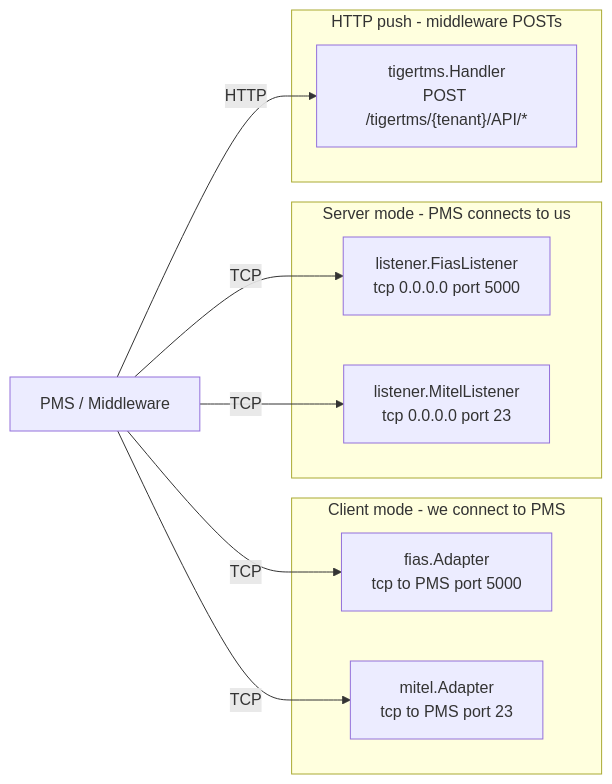
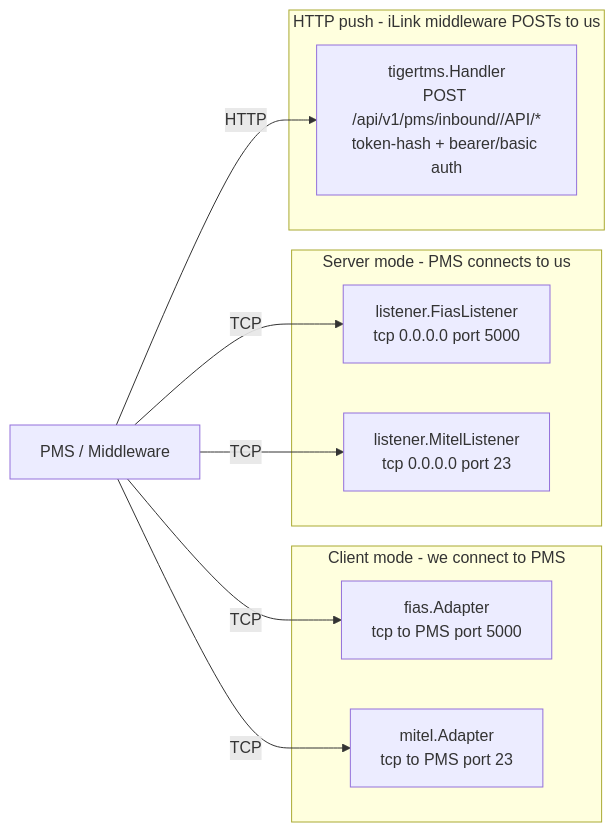
One commit to sagostin/pbx-hospitality changed the seventh of 12 diagrams in docs/DATA-FLOW.md. Above: the diagram before and after it, drawn with Mermaid. The commit also changed other lines of this file and 25 other files, not shown here.

First line of the commit message:
feat: implement TigerTMS iLink inbound protocol and outbound webhooks

````diff
--- a/docs/DATA-FLOW.md
+++ b/docs/DATA-FLOW.md
@@ -197,24 +197,24 @@
 ```mermaid
 flowchart LR
     subgraph Connect["Client mode - we connect to PMS"]
         C_FIAS["fias.Adapter<br/>tcp to PMS port 5000"]
         C_MITEL["mitel.Adapter<br/>tcp to PMS port 23"]
     end
 
     subgraph Server["Server mode - PMS connects to us"]
         S_FIAS["listener.FiasListener<br/>tcp 0.0.0.0 port 5000"]
         S_MITEL["listener.MitelListener<br/>tcp 0.0.0.0 port 23"]
     end
 
-    subgraph Push["HTTP push - middleware POSTs"]
-        T_TIGER["tigertms.Handler<br/>POST /tigertms/{tenant}/API/*"]
+subgraph Push["HTTP push - iLink middleware POSTs to us"]
+        T_TIGER["tigertms.Handler<br/>POST /api/v1/pms/inbound/<token>/API/*<br/>token-hash + bearer/basic auth"]
     end
 
     PMS["PMS / Middleware"]
 
     PMS -- "TCP" --> C_FIAS
     PMS -- "TCP" --> C_MITEL
     PMS -- "TCP" --> S_FIAS
     PMS -- "TCP" --> S_MITEL
     PMS -- "HTTP" --> T_TIGER
 ```
````
